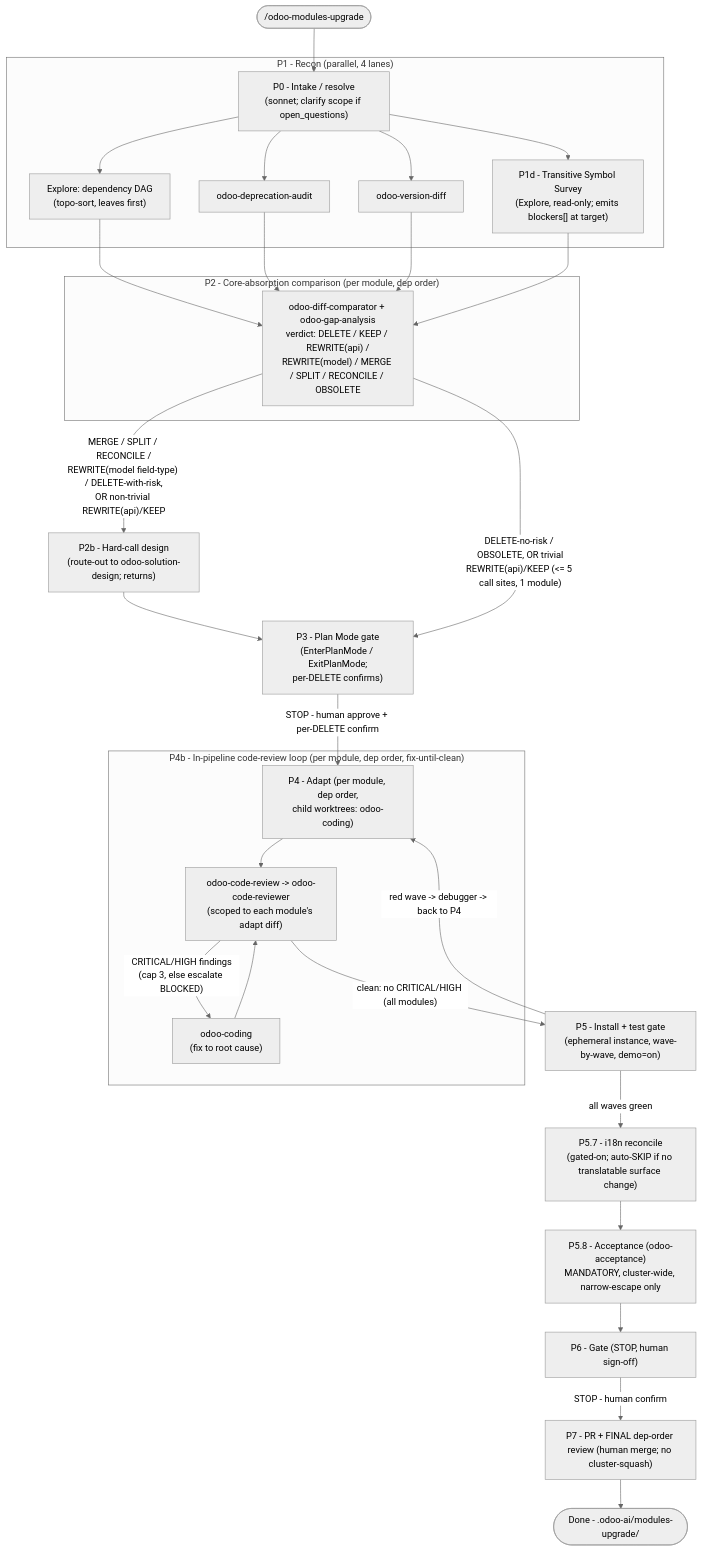
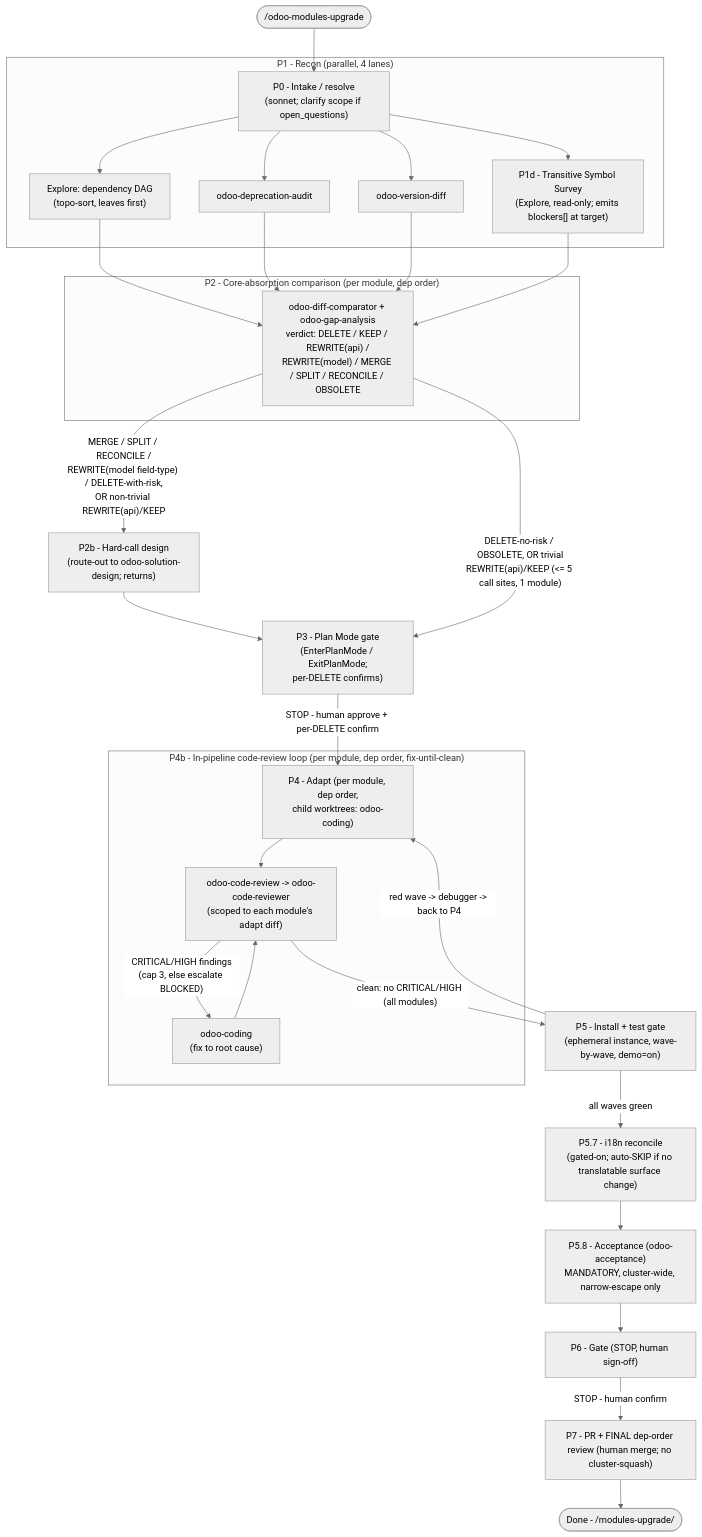
The seventh of 9 diagrams in plugins/odoo-ai-agents/README.md (Viindoo/odoo-mcp-client), drawn with Mermaid (neutral theme) before and after one commit. The commit also changed other lines of this file and 9 other files, not shown here.

````diff
--- a/plugins/odoo-ai-agents/README.md
+++ b/plugins/odoo-ai-agents/README.md
@@ -498,38 +498,38 @@
 ```mermaid
 flowchart TD
     START(["/odoo-modules-upgrade"])
     START --> P0["P0 - Intake / resolve<br/>(sonnet; clarify scope if open_questions)"]
 
     subgraph P1_grp["P1 - Recon (parallel, 4 lanes)"]
         P0 --> R1["Explore: dependency DAG<br/>(topo-sort, leaves first)"]
         P0 --> R2["odoo-deprecation-audit"]
         P0 --> R3["odoo-version-diff"]
         P0 --> R4["P1d - Transitive Symbol Survey<br/>(Explore, read-only; emits blockers[] at target)"]
     end
 
     subgraph P2_grp["P2 - Core-absorption comparison (per module, dep order)"]
         R1 --> CMP["odoo-diff-comparator + odoo-gap-analysis<br/>verdict: DELETE / KEEP / REWRITE(api) /<br/>REWRITE(model) / MERGE / SPLIT / RECONCILE / OBSOLETE"]
     end
     R2 --> CMP
     R3 --> CMP
     R4 --> CMP
 
     CMP -->|"MERGE / SPLIT / RECONCILE /<br/>REWRITE(model field-type) / DELETE-with-risk,<br/>OR non-trivial REWRITE(api)/KEEP"| P2b["P2b - Hard-call design<br/>(route-out to odoo-solution-design; returns)"]
     P2b --> P3_gate
     CMP -->|"DELETE-no-risk / OBSOLETE, OR trivial<br/>REWRITE(api)/KEEP (<= 5 call sites, 1 module)"| P3_gate["P3 - Plan Mode gate<br/>(EnterPlanMode / ExitPlanMode;<br/>per-DELETE confirms)"]
     P3_gate -->|"STOP - human approve + per-DELETE confirm"| P4["P4 - Adapt (per module, dep order,<br/>child worktrees: odoo-coding)"]
 
     subgraph P4b_grp["P4b - In-pipeline code-review loop (per module, dep order, fix-until-clean)"]
         P4 --> RV["odoo-code-review -> odoo-code-reviewer<br/>(scoped to each module's adapt diff)"]
         RV -->|"CRITICAL/HIGH findings<br/>(cap 3, else escalate BLOCKED)"| FX["odoo-coding<br/>(fix to root cause)"]
         FX --> RV
     end
 
     RV -->|"clean: no CRITICAL/HIGH (all modules)"| P5["P5 - Install + test gate<br/>(ephemeral instance, wave-by-wave, demo=on)"]
     P5 -->|"red wave -> debugger -> back to P4"| P4
     P5 -->|"all waves green"| P57["P5.7 - i18n reconcile<br/>(gated-on; auto-SKIP if no translatable surface change)"]
     P57 --> P58["P5.8 - Acceptance (odoo-acceptance)<br/>MANDATORY, cluster-wide, narrow-escape only"]
     P58 --> P6["P6 - Gate (STOP, human sign-off)"]
     P6 -->|"STOP - human confirm"| P7["P7 - PR + FINAL dep-order review (human merge; no cluster-squash)"]
-    P7 --> DONE(["Done - .odoo-ai/modules-upgrade/"])
+    P7 --> DONE(["Done - <ISOLATE_DIR>/modules-upgrade/"])
 ```
````
